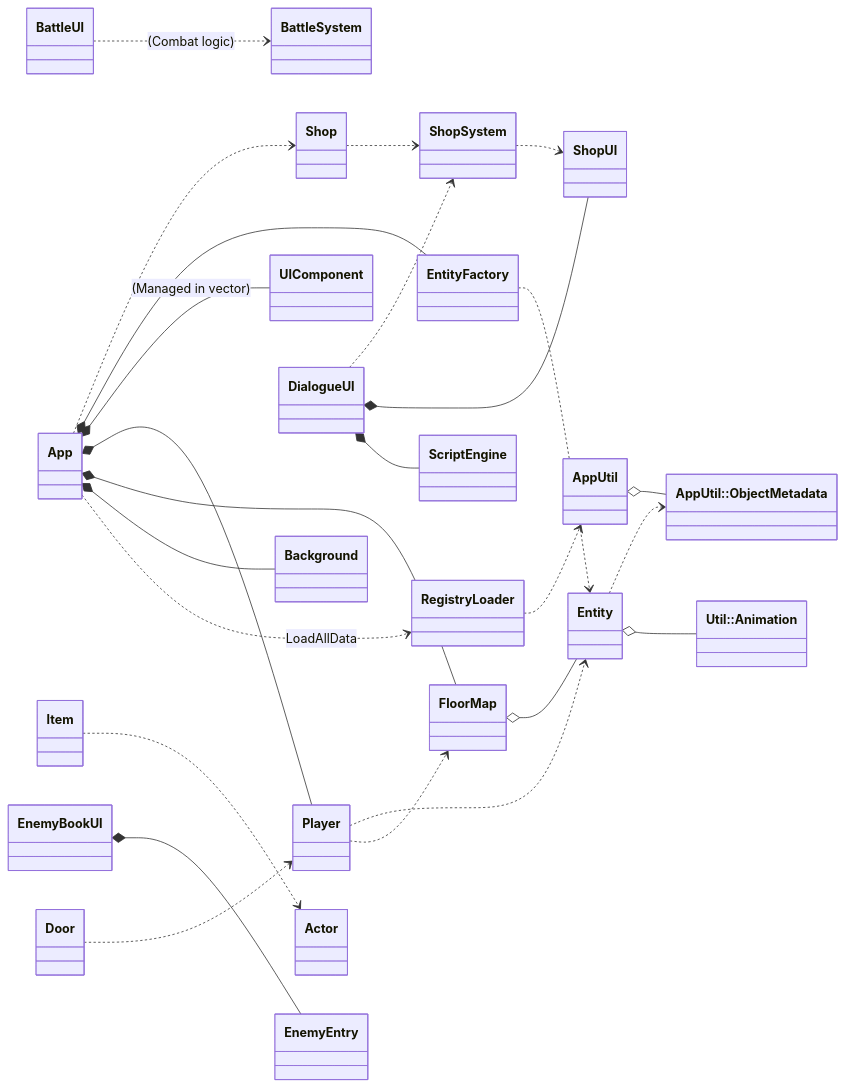
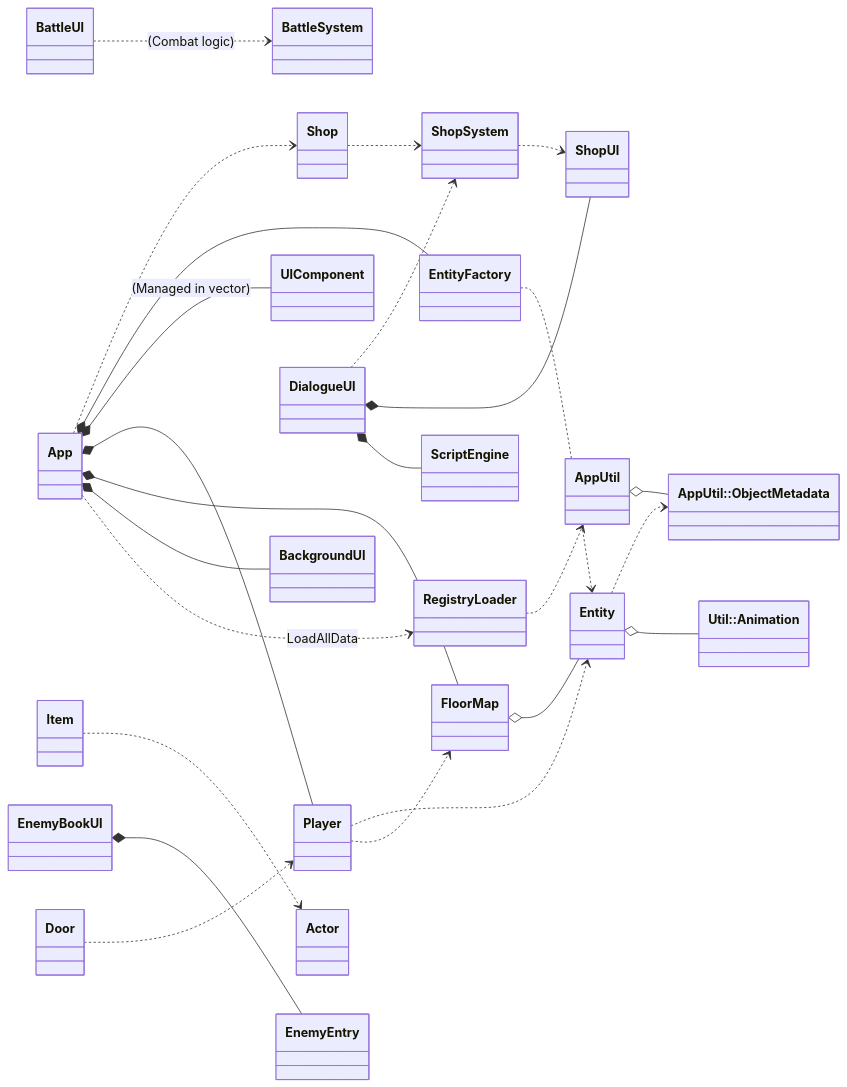
One commit to XWJWPIY/schoolwork_recreate_magic_tower changed the fifth of 5 diagrams in Constructure.md. Above: the diagram before and after it, drawn with Mermaid. The commit also changed other lines of this file and 8 other files, not shown here.

````diff
--- a/Constructure.md
+++ b/Constructure.md
@@ -586,37 +590,37 @@
 ```mermaid
 classDiagram
     direction LR
     class Animation["Util::Animation"]
     class ObjectMetadata["AppUtil::ObjectMetadata"]
 
     App ..> RegistryLoader : LoadAllData
-    App *-- Background
+    App *-- BackgroundUI
     App *-- FloorMap
     App *-- Player
     App *-- UIComponent : (Managed in vector)
     App *-- EntityFactory
     App ..> Shop
 
     DialogueUI *-- ScriptEngine
     DialogueUI *-- ShopUI
     DialogueUI ..> ShopSystem
     ShopSystem ..> ShopUI
     Shop ..> ShopSystem
     BattleUI ..> BattleSystem : (Combat logic)
 
     EntityFactory ..> Entity
     FloorMap o-- Entity
     Entity o-- Animation
     Entity ..> ObjectMetadata
 
     Player ..> FloorMap
     Player ..> Entity
     Door ..> Player
     Item ..> Actor
 
     class EnemyEntry
     EnemyBookUI *-- EnemyEntry
 
     RegistryLoader ..> AppUtil
     AppUtil o-- ObjectMetadata
 ```
````
